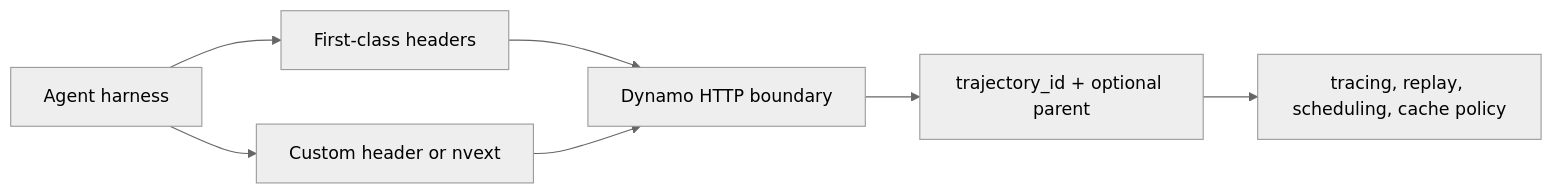
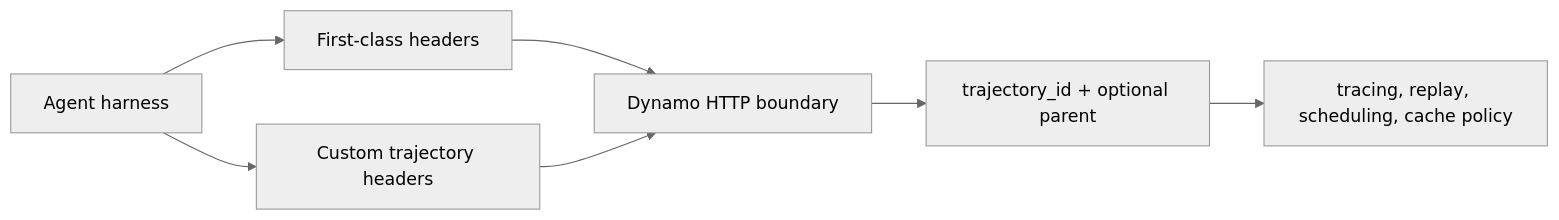
Before and after one commit to ai-dynamo/dynamo: the diagram in docs/agents/trajectory-ids.md, drawn with Mermaid (neutral theme). The commit also changed 3 other files, not shown here.

````diff
--- a/docs/agents/trajectory-ids.md
+++ b/docs/agents/trajectory-ids.md
@@ -19,16 +19,16 @@
 ```mermaid
 flowchart LR
     Harness["Agent harness"]
     Headers["First-class headers"]
-    Custom["Custom header or nvext"]
+    Custom["Custom trajectory headers"]
     Normalize["Dynamo HTTP boundary"]
     Trajectory["trajectory_id + optional parent"]
     Consumers["tracing, replay, scheduling, cache policy"]
 
     Harness --> Headers
     Harness --> Custom
     Headers --> Normalize
     Custom --> Normalize
     Normalize --> Trajectory
     Trajectory --> Consumers
 ```
````
